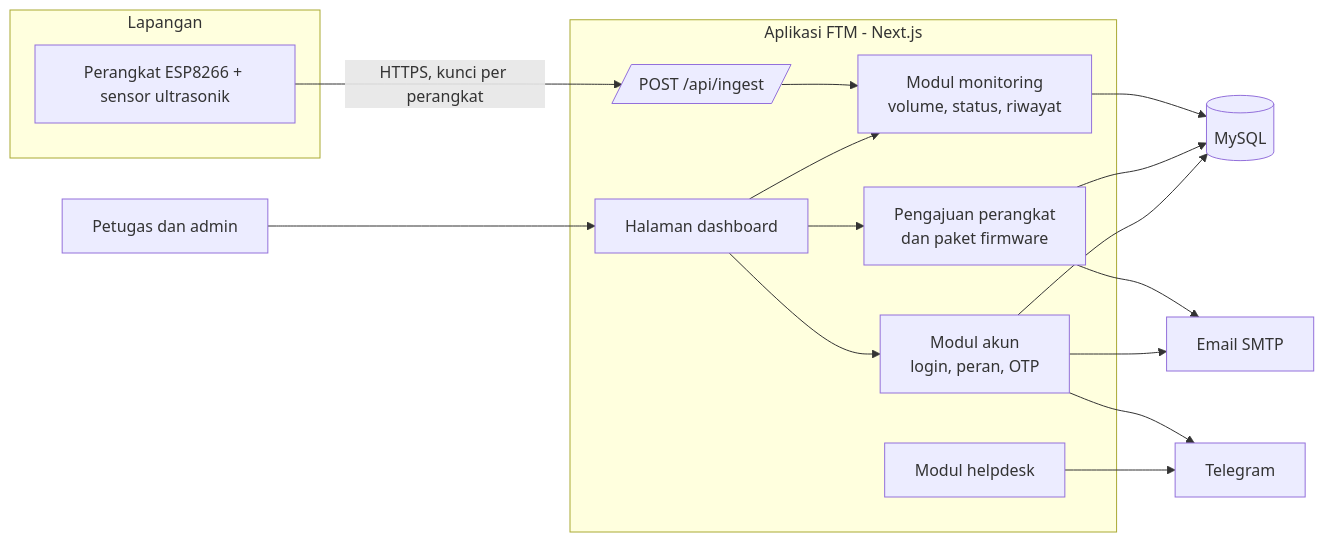
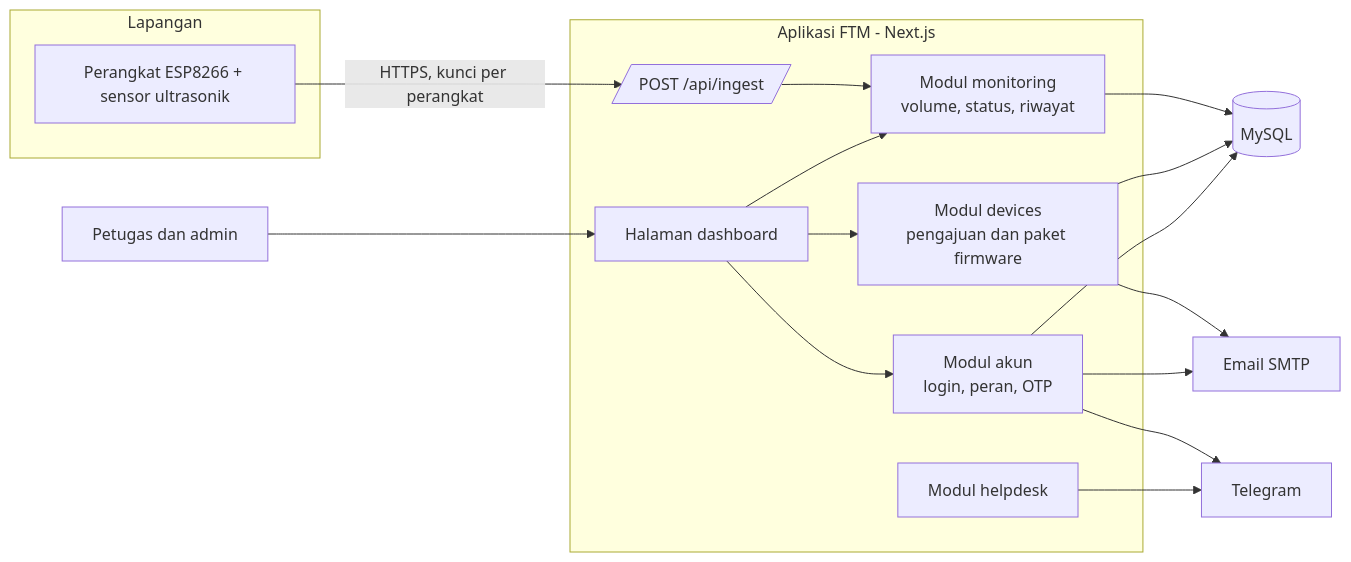
Before and after one commit to Zendin110206/solar-tank-monitoring-system: the diagram in README.md, drawn with Mermaid. The commit also changed other lines of this file and 12 other files, not shown here.

````diff
--- a/README.md
+++ b/README.md
@@ -59,32 +59,32 @@
 ```mermaid
 flowchart LR
   subgraph Lapangan
     DEV[Perangkat ESP8266 + sensor ultrasonik]
   end
   subgraph App[Aplikasi FTM - Next.js]
     ING[/POST /api/ingest/]
     MON[Modul monitoring<br/>volume, status, riwayat]
-    DEVMOD[Pengajuan perangkat<br/>dan paket firmware]
+    DEVMOD[Modul devices<br/>pengajuan dan paket firmware]
     AUTH[Modul akun<br/>login, peran, OTP]
     HD[Modul helpdesk]
     UI[Halaman dashboard]
   end
   DB[(MySQL)]
   MAIL[Email SMTP]
   TG[Telegram]
   USER[Petugas dan admin]
 
   DEV -->|HTTPS, kunci per perangkat| ING
   ING --> MON
   MON --> DB
   UI --> MON
   UI --> DEVMOD
   UI --> AUTH
   DEVMOD --> DB
   DEVMOD --> MAIL
   AUTH --> DB
   AUTH --> MAIL
   AUTH --> TG
   HD --> TG
   USER --> UI
 ```
````
